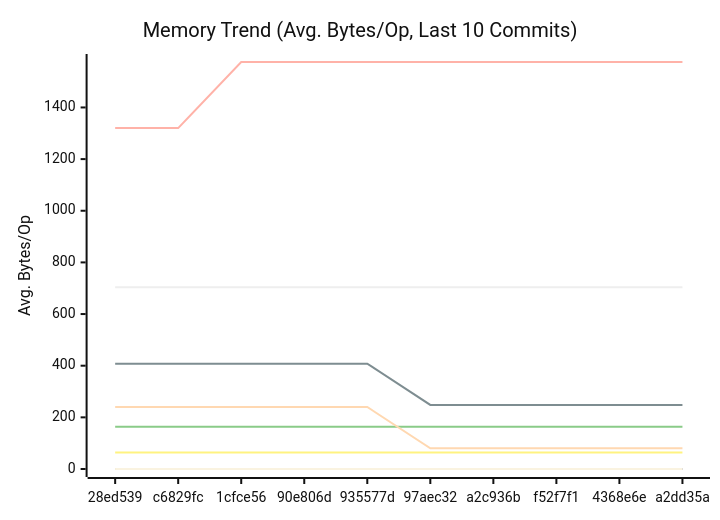
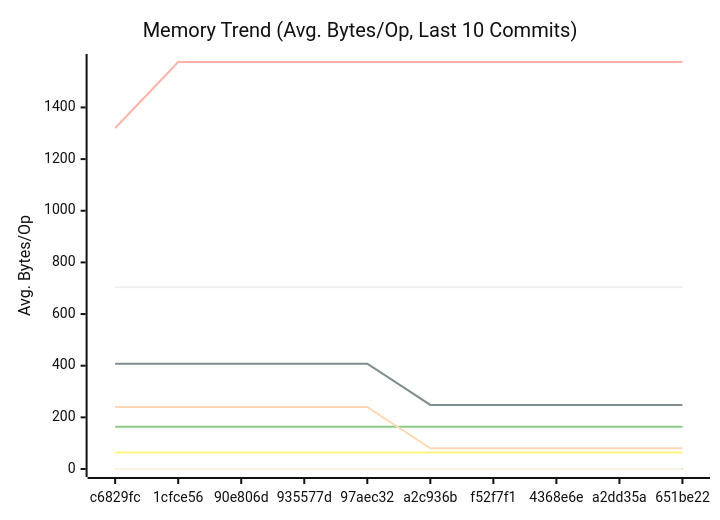
Before and after one commit to alsotoes/momo: the second of 3 diagrams in docs/PERFORMANCE.md, drawn with Mermaid (neutral theme). The commit also changed other lines of this file and 4 other files, not shown here.

````diff
--- a/docs/PERFORMANCE.md
+++ b/docs/PERFORMANCE.md
@@ -152,18 +152,18 @@
 ```mermaid
 xychart-beta
     title "Memory Trend (Avg. Bytes/Op, Last 10 Commits)"
     x-axis "Commit"
     y-axis "Avg. Bytes/Op"
-    x-axis [28ed539,c6829fc,1cfce56,90e806d,935577d,97aec32,a2c936b,f52f7f1,4368e6e,a2dd35a]
+    x-axis [c6829fc,1cfce56,90e806d,935577d,97aec32,a2c936b,f52f7f1,4368e6e,a2dd35a,651be22]
     line "CheckMetricsAndSwap" [0,0,0,0,0,0,0,0,0,0]
     line "CrushOptimized" [0,0,0,0,0,0,0,0,0,0]
     line "CrushOriginal" [164,164,164,164,164,164,164,164,164,164]
     line "IndexDirectTracking" [0,0,0,0,0,0,0,0,0,0]
     line "IndexSearch" [0,0,0,0,0,0,0,0,0,0]
-    line "LoadGlobalConfig" [1320,1320,1576,1576,1576,1576,1576,1576,1576,1576]
+    line "LoadGlobalConfig" [1320,1576,1576,1576,1576,1576,1576,1576,1576,1576]
     line "PadString" [64,64,64,64,64,64,64,64,64,64]
     line "ParseReplicationOrder_NoPrealloc" [408,408,408,408,408,248,248,248,248,248]
     line "ParseReplicationOrder_Prealloc" [240,240,240,240,240,80,80,80,80,80]
     line "SanitizeLog/Safe" [0,0,0,0,0,0,0,0,0,0]
     line "SanitizeLog/Unsafe" [704,704,704,704,704,704,704,704,704,704]
 ```
````
